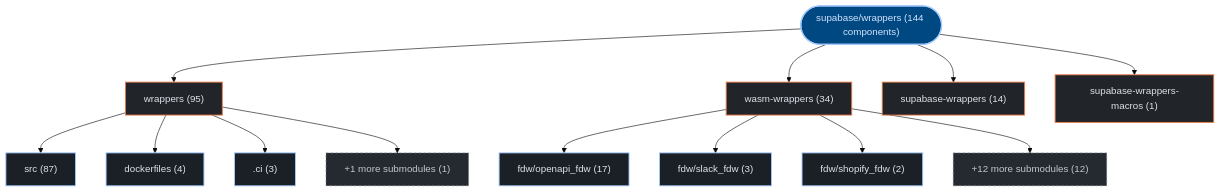
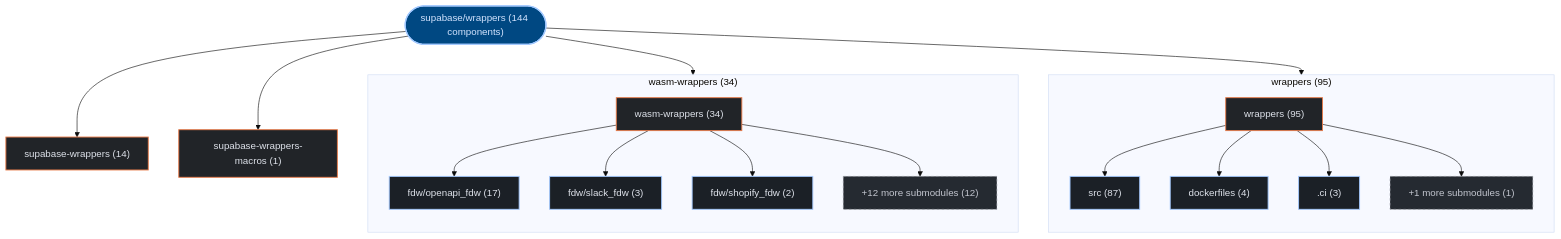
The first of 3 diagrams in exports/latest/reports/supabase-wrappers-report.md (kumarshaz/atruss-code-atlas), drawn with Mermaid (base theme) before and after one commit. The commit also changed 178 other files, not shown here.

Commit message:
feat(ui,mermaid): upgrade to mermaid v12 + ELK layout, add orgs-summary + pagination, subgraph building blocks, fix tab alignment

````diff
--- a/exports/latest/reports/supabase-wrappers-report.md
+++ b/exports/latest/reports/supabase-wrappers-report.md
@@ -42,35 +42,41 @@
 ```mermaid
 graph TD;
   classDef atlasRoot fill:#004882,stroke:#a3c9ff,stroke-width:2px,color:#d3e4ff
   classDef atlasCategory fill:#212428,stroke:#E87A48,stroke-width:1.5px,color:#dfe3eb
   classDef atlasWorkflow fill:#1b2026,stroke:#a3c9ff,stroke-width:1.5px,color:#dfe3eb
   classDef atlasJob fill:#171c22,stroke:#8d9199,stroke-width:1px,color:#dfe3eb
   classDef atlasTarget fill:#005227,stroke:#8bd99b,stroke-width:1.5px,color:#a7f6b6
   classDef atlasAlert fill:#93000a,stroke:#ffb4ab,stroke-width:1.5px,color:#ffdad6
   classDef atlasMore fill:#252a31,stroke:#8d9199,stroke-dasharray:4 4,color:#c3c6cf
     repo_root(["supabase/wrappers (144 components)"]):::atlasRoot
-    dir_0_wrappers["wrappers (95)"]:::atlasCategory
+    subgraph sg_dir_0_wrappers["wrappers (95)"]
+      direction TB
+      dir_0_wrappers["wrappers (95)"]:::atlasCategory
+      sub_0_0_src["src (87)"]:::atlasWorkflow
+      dir_0_wrappers --> sub_0_0_src
+      sub_0_1_dockerfiles["dockerfiles (4)"]:::atlasWorkflow
+      dir_0_wrappers --> sub_0_1_dockerfiles
+      sub_0_2__ci[".ci (3)"]:::atlasWorkflow
+      dir_0_wrappers --> sub_0_2__ci
+      sub_0_more["+1 more submodules (1)"]:::atlasMore
+      dir_0_wrappers --> sub_0_more
+    end
     repo_root --> dir_0_wrappers
-    sub_0_0_src["src (87)"]:::atlasWorkflow
-    dir_0_wrappers --> sub_0_0_src
-    sub_0_1_dockerfiles["dockerfiles (4)"]:::atlasWorkflow
-    dir_0_wrappers --> sub_0_1_dockerfiles
-    sub_0_2__ci[".ci (3)"]:::atlasWorkflow
-    dir_0_wrappers --> sub_0_2__ci
-    sub_0_more["+1 more submodules (1)"]:::atlasMore
-    dir_0_wrappers --> sub_0_more
-    dir_1_wasm_wrappers["wasm-wrappers (34)"]:::atlasCategory
+    subgraph sg_dir_1_wasm_wrappers["wasm-wrappers (34)"]
+      direction TB
+      dir_1_wasm_wrappers["wasm-wrappers (34)"]:::atlasCategory
+      sub_1_0_fdw_openapi_fdw["fdw/openapi_fdw (17)"]:::atlasWorkflow
+      dir_1_wasm_wrappers --> sub_1_0_fdw_openapi_fdw
+      sub_1_1_fdw_slack_fdw["fdw/slack_fdw (3)"]:::atlasWorkflow
+      dir_1_wasm_wrappers --> sub_1_1_fdw_slack_fdw
+      sub_1_2_fdw_shopify_fdw["fdw/shopify_fdw (2)"]:::atlasWorkflow
+      dir_1_wasm_wrappers --> sub_1_2_fdw_shopify_fdw
+      sub_1_more["+12 more submodules (12)"]:::atlasMore
+      dir_1_wasm_wrappers --> sub_1_more
+    end
     repo_root --> dir_1_wasm_wrappers
-    sub_1_0_fdw_openapi_fdw["fdw/openapi_fdw (17)"]:::atlasWorkflow
-    dir_1_wasm_wrappers --> sub_1_0_fdw_openapi_fdw
-    sub_1_1_fdw_slack_fdw["fdw/slack_fdw (3)"]:::atlasWorkflow
-    dir_1_wasm_wrappers --> sub_1_1_fdw_slack_fdw
-    sub_1_2_fdw_shopify_fdw["fdw/shopify_fdw (2)"]:::atlasWorkflow
-    dir_1_wasm_wrappers --> sub_1_2_fdw_shopify_fdw
-    sub_1_more["+12 more submodules (12)"]:::atlasMore
-    dir_1_wasm_wrappers --> sub_1_more
     dir_2_supabase_wrappers["supabase-wrappers (14)"]:::atlasCategory
     repo_root --> dir_2_supabase_wrappers
     dir_3_supabase_wrappers_macros["supabase-wrappers-macros (1)"]:::atlasCategory
     repo_root --> dir_3_supabase_wrappers_macros
 ```
````
